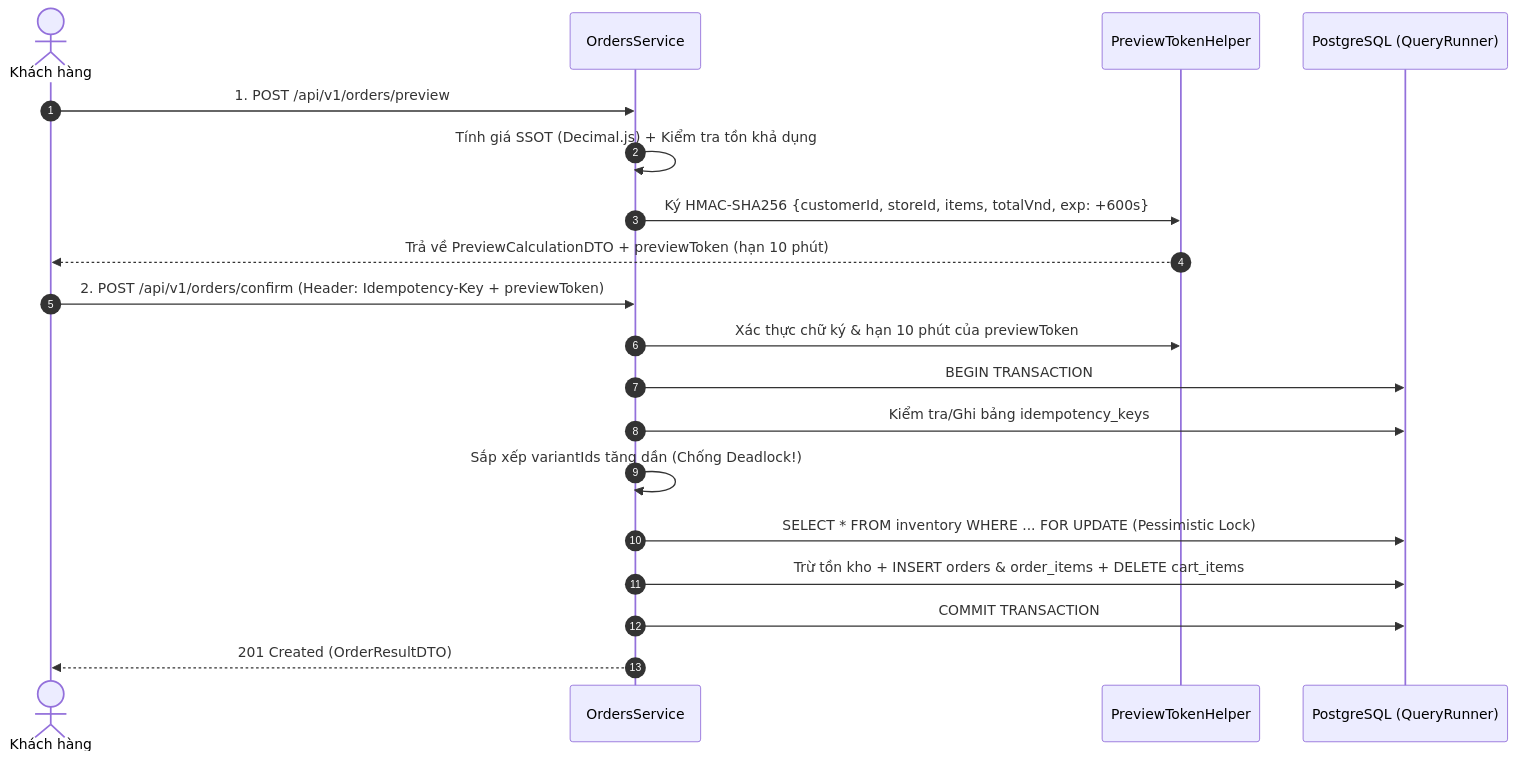
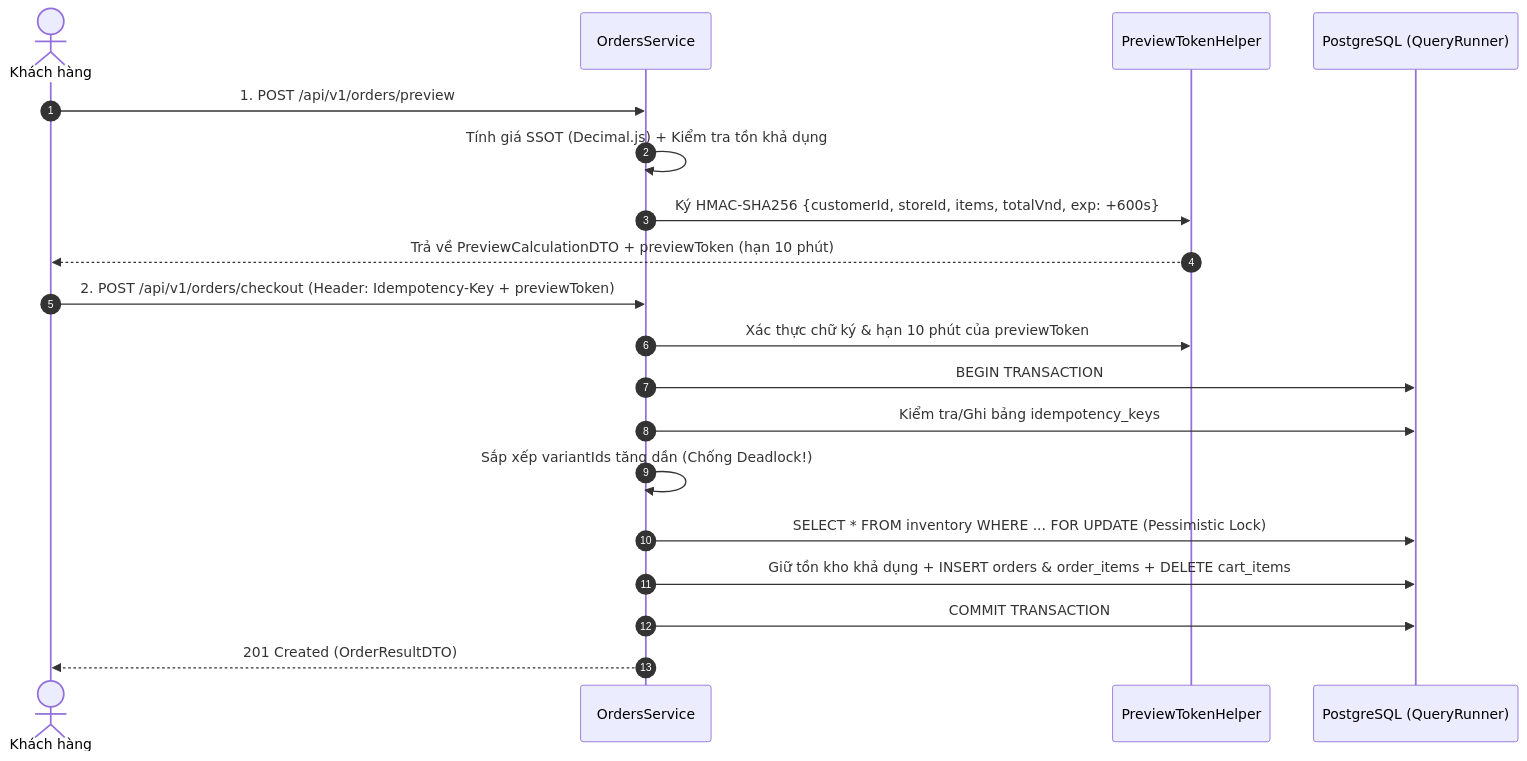
Before and after one commit to duonyyy/RetailMind-AI-: the second of 2 diagrams in enterprise-docs/docs/05-backend/07-BACKEND_IMPLEMENTATION_PLAN.md, drawn with Mermaid. The commit also changed other lines of this file and 33 other files, not shown here.

````diff
--- a/enterprise-docs/docs/05-backend/07-BACKEND_IMPLEMENTATION_PLAN.md
+++ b/enterprise-docs/docs/05-backend/07-BACKEND_IMPLEMENTATION_PLAN.md
@@ -125,23 +130,23 @@
 ```mermaid
 sequenceDiagram
     autonumber
     actor Customer as Khách hàng
     participant OrderSvc as OrdersService
     participant HMAC as PreviewTokenHelper
     participant DB as PostgreSQL (QueryRunner)
 
     Customer->>OrderSvc: 1. POST /api/v1/orders/preview
     OrderSvc->>OrderSvc: Tính giá SSOT (Decimal.js) + Kiểm tra tồn khả dụng
     OrderSvc->>HMAC: Ký HMAC-SHA256 {customerId, storeId, items, totalVnd, exp: +600s}
     HMAC-->>Customer: Trả về PreviewCalculationDTO + previewToken (hạn 10 phút)
 
-    Customer->>OrderSvc: 2. POST /api/v1/orders/confirm (Header: Idempotency-Key + previewToken)
+    Customer->>OrderSvc: 2. POST /api/v1/orders/checkout (Header: Idempotency-Key + previewToken)
     OrderSvc->>HMAC: Xác thực chữ ký & hạn 10 phút của previewToken
     OrderSvc->>DB: BEGIN TRANSACTION
     OrderSvc->>DB: Kiểm tra/Ghi bảng idempotency_keys
     OrderSvc->>OrderSvc: Sắp xếp variantIds tăng dần (Chống Deadlock!)
     OrderSvc->>DB: SELECT * FROM inventory WHERE ... FOR UPDATE (Pessimistic Lock)
-    OrderSvc->>DB: Trừ tồn kho + INSERT orders & order_items + DELETE cart_items
+    OrderSvc->>DB: Giữ tồn kho khả dụng + INSERT orders & order_items + DELETE cart_items
     OrderSvc->>DB: COMMIT TRANSACTION
     OrderSvc-->>Customer: 201 Created (OrderResultDTO)
 ```
````
